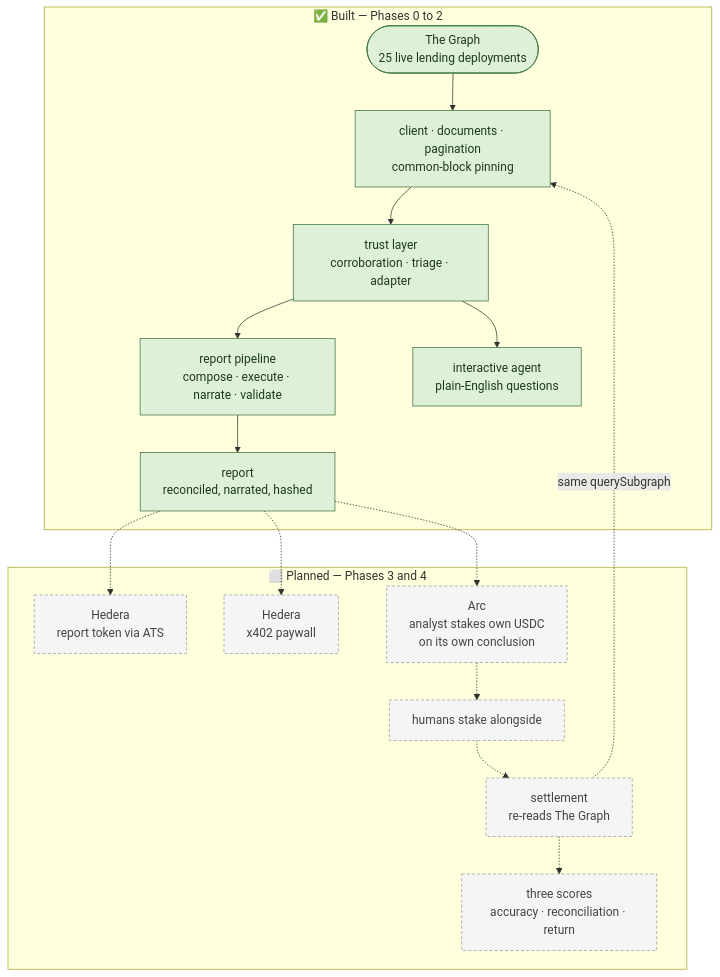
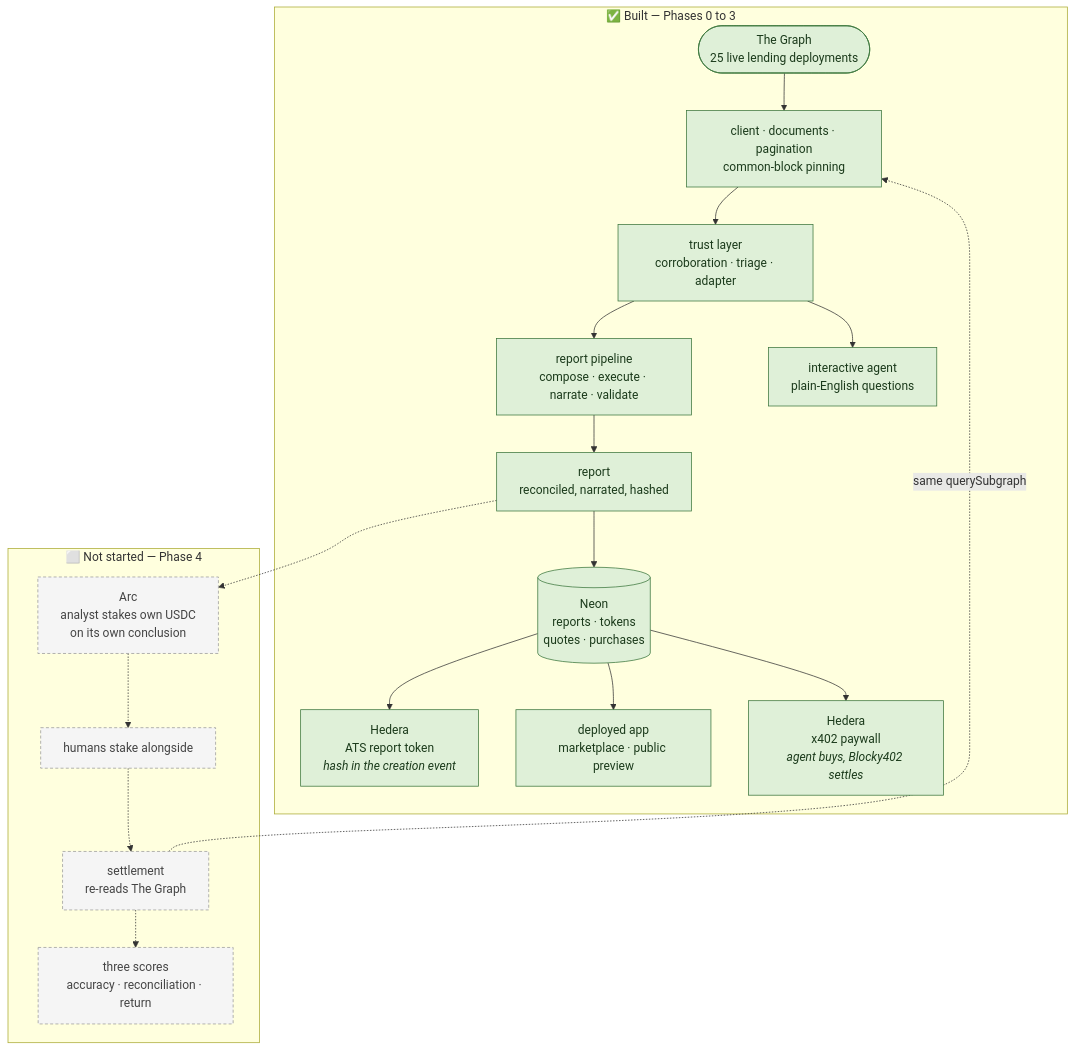
One commit to DhruPtel/ETHonline-2026-Alpha-Markets changed the first of 3 diagrams in README.md. Above: the diagram before and after it, drawn with Mermaid. The commit also changed other lines of this file and 19 other files, not shown here.

````diff
--- a/README.md
+++ b/README.md
@@ -34,26 +58,28 @@
 ```mermaid
 flowchart TD
-  subgraph BUILT["✅ Built — Phases 0 to 2"]
+  subgraph BUILT["✅ Built — Phases 0 to 3"]
     G(["The Graph<br/>25 live lending deployments"]) --> CL["client · documents · pagination<br/>common-block pinning"]
     CL --> TR["trust layer<br/>corroboration · triage · adapter"]
     TR --> PL["report pipeline<br/>compose · execute · narrate · validate"]
     PL --> RPT["report<br/>reconciled, narrated, hashed"]
     TR --> AG["interactive agent<br/>plain-English questions"]
+    RPT --> ST[("Neon<br/>reports · tokens<br/>quotes · purchases")]
+    ST --> ATS["Hedera<br/>ATS report token<br/><i>hash in the creation event</i>"]
+    ST --> WEB["deployed app<br/>marketplace · public preview"]
+    ST --> PAY["Hedera<br/>x402 paywall<br/><i>agent buys, Blocky402 settles</i>"]
   end
 
-  subgraph PLANNED["⬜ Planned — Phases 3 and 4"]
-    RPT -.-> ATS["Hedera<br/>report token via ATS"]
-    RPT -.-> PAY["Hedera<br/>x402 paywall"]
+  subgraph PLANNED["⬜ Not started — Phase 4"]
     RPT -.-> MKT["Arc<br/>analyst stakes own USDC<br/>on its own conclusion"]
     MKT -.-> HUM["humans stake alongside"]
     HUM -.-> SET["settlement<br/>re-reads The Graph"]
     SET -.-> SCR["three scores<br/>accuracy · reconciliation · return"]
   end
 
   SET -.->|"same querySubgraph"| CL
 
   classDef built fill:#dff0d8,stroke:#3c763d,color:#1b3a1b
   classDef planned fill:#f5f5f5,stroke:#999,color:#444,stroke-dasharray:4 3
-  class G,CL,TR,PL,RPT,AG built
-  class ATS,PAY,MKT,HUM,SET,SCR planned
+  class G,CL,TR,PL,RPT,AG,ST,ATS,WEB,PAY built
+  class MKT,HUM,SET,SCR planned
 ```
````
